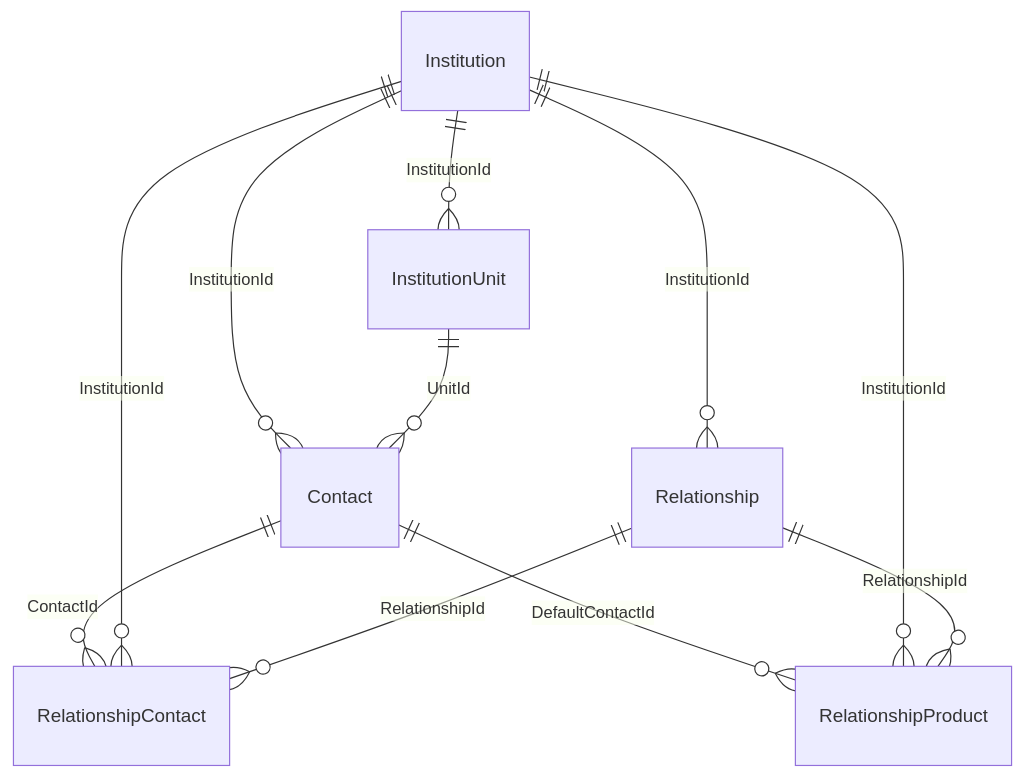
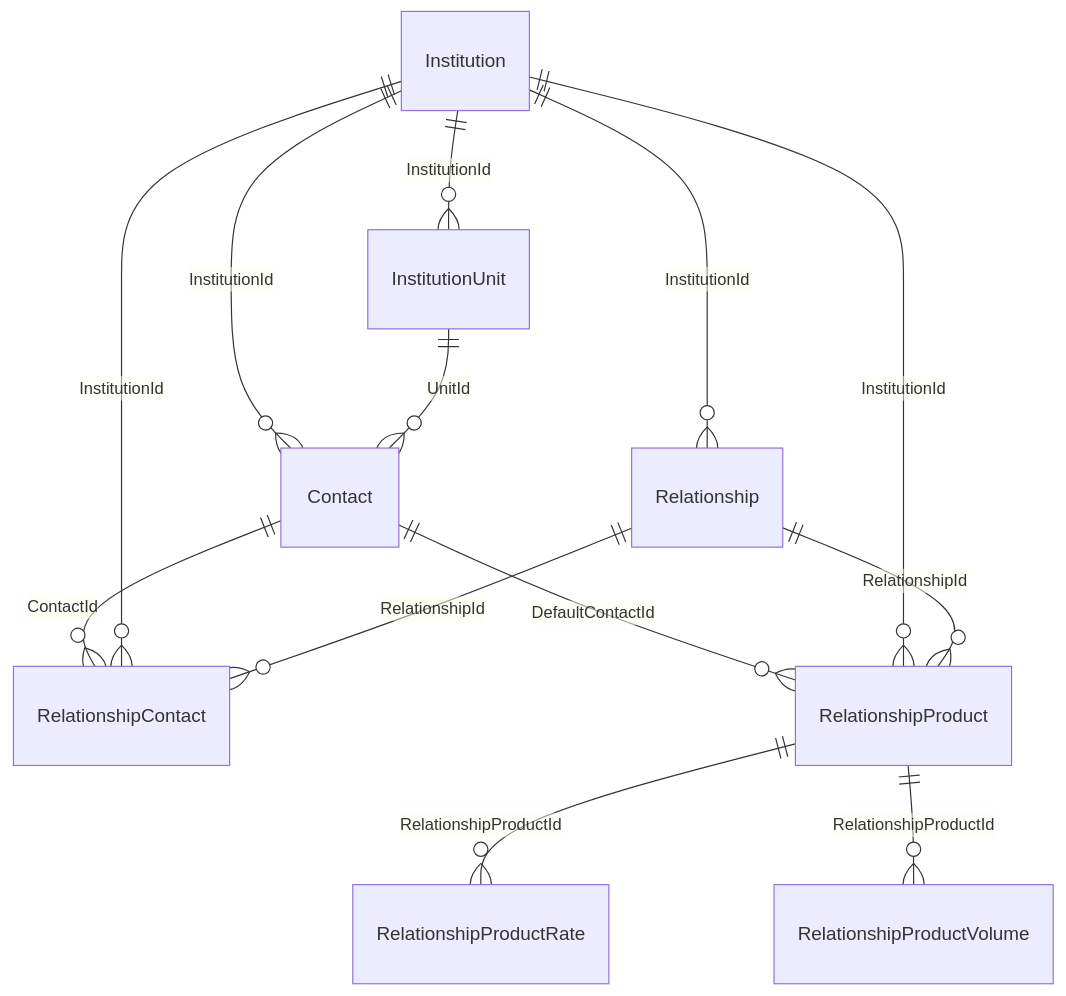
The tenth of 19 diagrams in treasury-platform/docs/22-erd-by-schema.md (thawrasy/smartlines), drawn with Mermaid before and after one commit. The commit also changed other lines of this file and 42 other files, not shown here.

````diff
--- a/treasury-platform/docs/22-erd-by-schema.md
+++ b/treasury-platform/docs/22-erd-by-schema.md
@@ -247,13 +247,15 @@
 ```mermaid
 erDiagram
   Contact ||--o{ RelationshipContact : "ContactId"
   Contact ||--o{ RelationshipProduct : "DefaultContactId"
   Institution ||--o{ Contact : "InstitutionId"
   Institution ||--o{ InstitutionUnit : "InstitutionId"
   Institution ||--o{ Relationship : "InstitutionId"
   Institution ||--o{ RelationshipContact : "InstitutionId"
   Institution ||--o{ RelationshipProduct : "InstitutionId"
   InstitutionUnit ||--o{ Contact : "UnitId"
   Relationship ||--o{ RelationshipContact : "RelationshipId"
   Relationship ||--o{ RelationshipProduct : "RelationshipId"
+  RelationshipProduct ||--o{ RelationshipProductRate : "RelationshipProductId"
+  RelationshipProduct ||--o{ RelationshipProductVolume : "RelationshipProductId"
 ```
````
